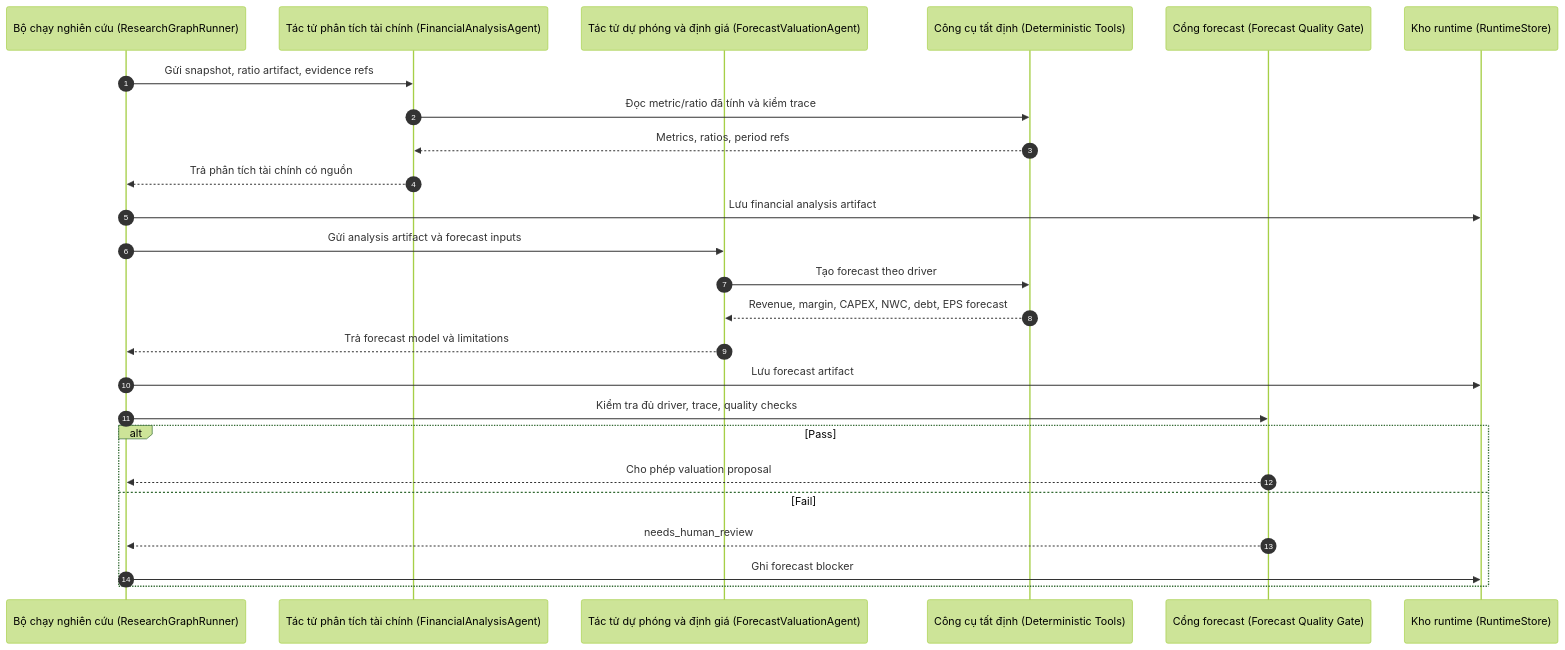
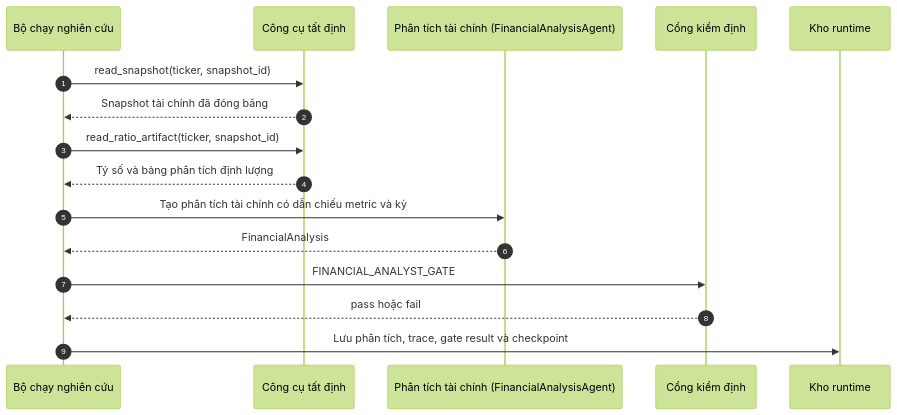
The ninth of 24 diagrams in docs/SEQUENCE.md (haubelerche/equity-research-system), drawn with Mermaid (forest theme) before and after one commit. The commit also changed other lines of this file and 56 other files, not shown here.

````diff
--- a/docs/SEQUENCE.md
+++ b/docs/SEQUENCE.md
@@ -169,29 +264,19 @@
 ```mermaid
 sequenceDiagram
     autonumber
-    participant R as Bộ chạy nghiên cứu (ResearchGraphRunner)
-    participant F as Tác tử phân tích tài chính (FinancialAnalysisAgent)
-    participant V as Tác tử dự phóng và định giá (ForecastValuationAgent)
-    participant T as Công cụ tất định (Deterministic Tools)
-    participant G as Cổng forecast (Forecast Quality Gate)
-    participant S as Kho runtime (RuntimeStore)
+    participant R as Bộ chạy nghiên cứu
+    participant T as Công cụ tất định
+    participant A as Phân tích tài chính (FinancialAnalysisAgent)
+    participant G as Cổng kiểm định
+    participant S as Kho runtime
 
-    R->>F: Gửi snapshot, ratio artifact, evidence refs
-    F->>T: Đọc metric/ratio đã tính và kiểm trace
-    T-->>F: Metrics, ratios, period refs
-    F-->>R: Trả phân tích tài chính có nguồn
-    R->>S: Lưu financial analysis artifact
-
-    R->>V: Gửi analysis artifact và forecast inputs
-    V->>T: Tạo forecast theo driver
-    T-->>V: Revenue, margin, CAPEX, NWC, debt, EPS forecast
-    V-->>R: Trả forecast model và limitations
-    R->>S: Lưu forecast artifact
-    R->>G: Kiểm tra đủ driver, trace, quality checks
-    alt Pass
-        G-->>R: Cho phép valuation proposal
-    else Fail
-        G-->>R: needs_human_review
-        R->>S: Ghi forecast blocker
-    end
+    R->>T: read_snapshot(ticker, snapshot_id)
+    T-->>R: Snapshot tài chính đã đóng băng
+    R->>T: read_ratio_artifact(ticker, snapshot_id)
+    T-->>R: Tỷ số và bảng phân tích định lượng
+    R->>A: Tạo phân tích tài chính có dẫn chiếu metric và kỳ
+    A-->>R: FinancialAnalysis
+    R->>G: FINANCIAL_ANALYST_GATE
+    G-->>R: pass hoặc fail
+    R->>S: Lưu phân tích, trace, gate result và checkpoint
 ```
````
